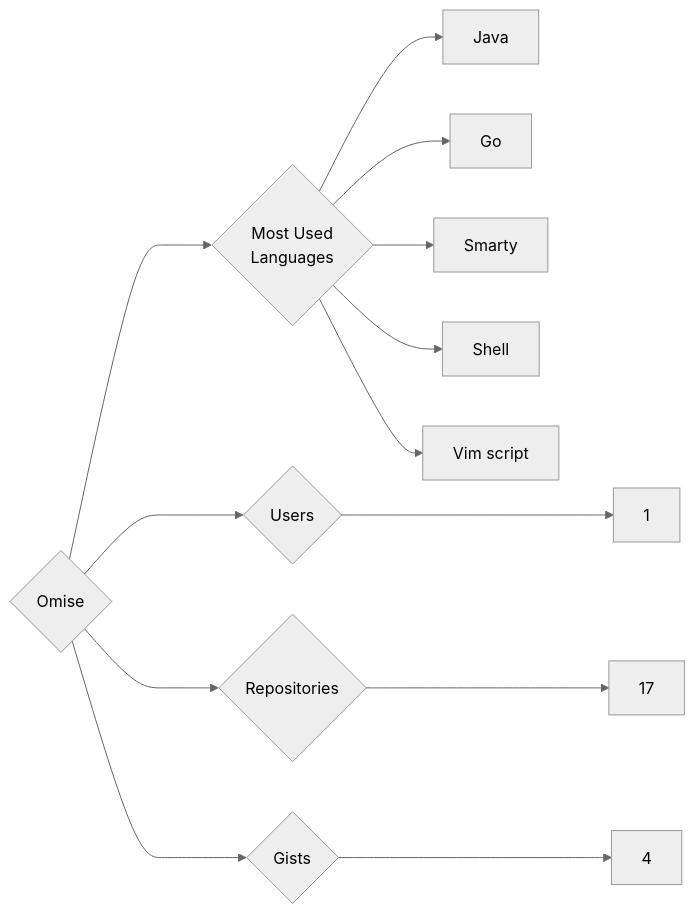
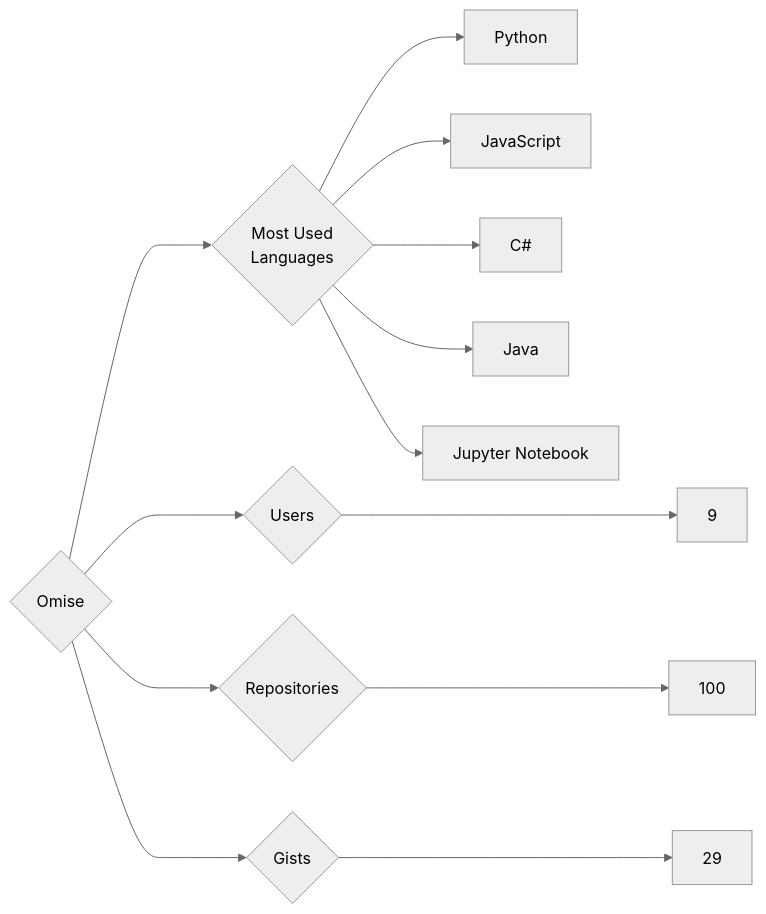
One commit to trickest/insiders changed the diagram in targets/Omise/README.md. Above: the diagram before and after it, drawn with Mermaid (neutral theme). The commit also changed 839 other files, not shown here.

````diff
--- a/targets/Omise/README.md
+++ b/targets/Omise/README.md
@@ -3,13 +3,13 @@
 ```mermaid
 graph LR
 COMPANY_NAME{Omise}
-COMPANY_NAME ---> U{Users} ---> UN[1]
-COMPANY_NAME ---> R{Repositories} ---> RN[17]
-COMPANY_NAME ---> G{Gists} ---> GN[4]
+COMPANY_NAME ---> U{Users} ---> UN[9]
+COMPANY_NAME ---> R{Repositories} ---> RN[100]
+COMPANY_NAME ---> G{Gists} ---> GN[29]
 COMPANY_NAME ---> ML{Most Used<br>Languages}
+ML --> Python[Python]
+ML --> JavaScript[JavaScript]
+ML --> C#[C#]
 ML --> Java[Java]
-ML --> Go[Go]
-ML --> Smarty[Smarty]
-ML --> Shell[Shell]
-ML --> Vim_script[Vim script]
+ML --> Jupyter_Notebook[Jupyter Notebook]
 ```
````
